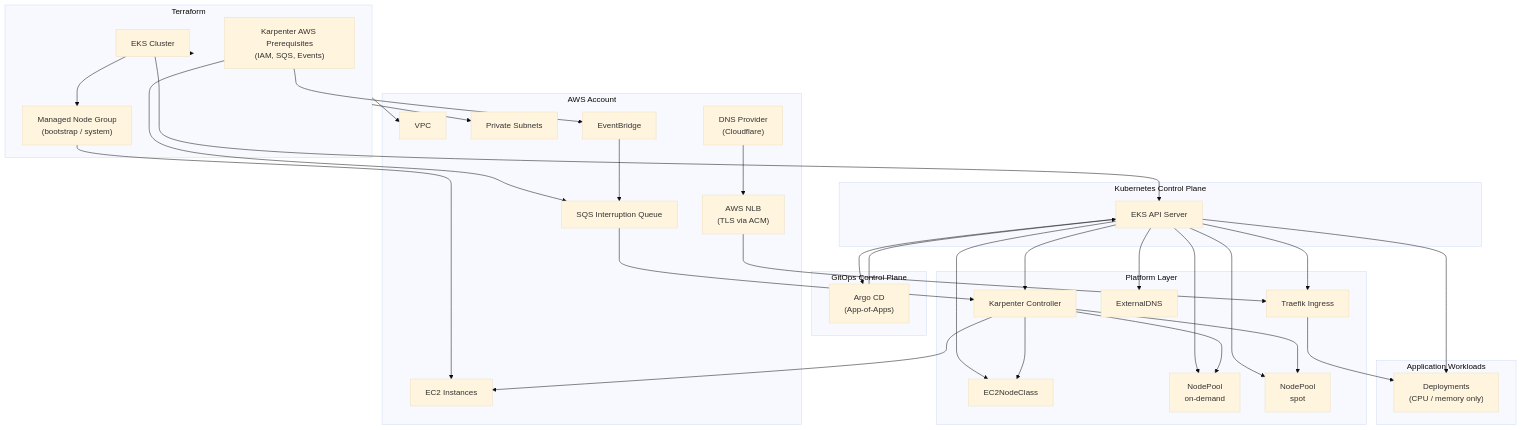
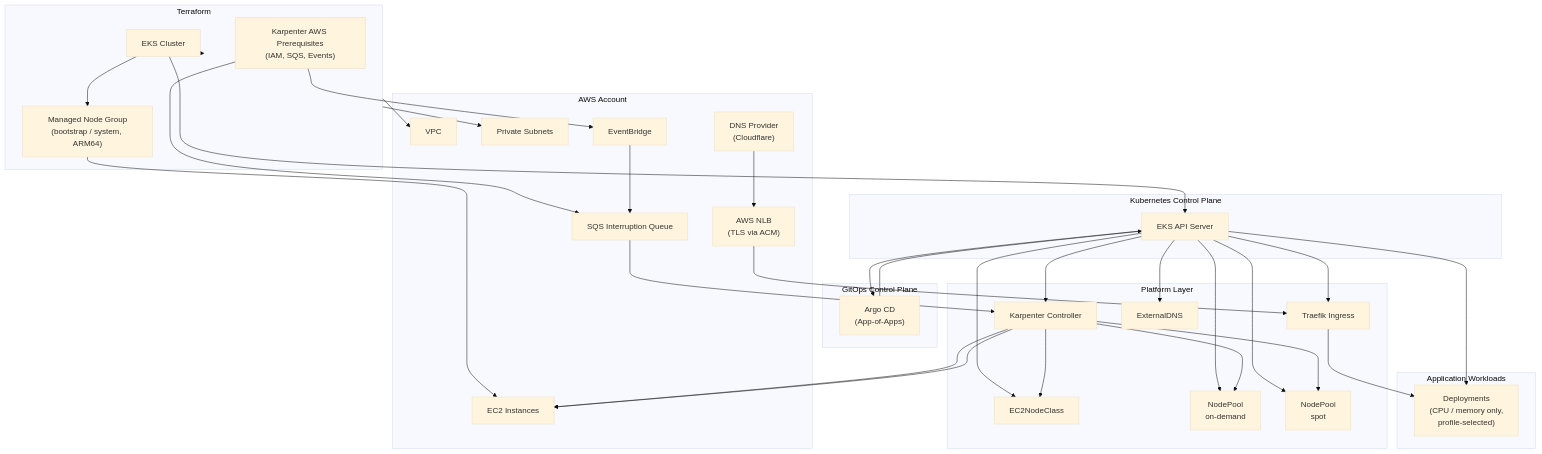
The diagram in docs/architecture-diagram.mmd (LaurisNeimanis/gitops-karpenter-platform), drawn with Mermaid (base theme) before and after one commit. The commit also changed 12 other files, not shown here.

Commit message:
refactor(platform): introduce scheduling profiles and ARM64 bootstrap

```diff
--- a/docs/architecture-diagram.mmd
+++ b/docs/architecture-diagram.mmd
@@ -1,98 +1,99 @@
 flowchart TB
     %% =========================
     %% AWS INFRASTRUCTURE LAYER
     %% =========================
     subgraph AWS["AWS Account"]
         VPC["VPC"]
         SUBNETS["Private Subnets"]
         EC2["EC2 Instances"]
         NLB["AWS NLB<br/>(TLS via ACM)"]
         SQS["SQS Interruption Queue"]
         EB["EventBridge"]
         DNS["DNS Provider<br/>(Cloudflare)"]
     end
 
     %% =========================
     %% TERRAFORM (INFRA + KARPENTER PREREQS)
     %% =========================
     subgraph TF["Terraform"]
         TF_EKS["EKS Cluster"]
-        TF_MNG["Managed Node Group<br/>(bootstrap / system)"]
+        TF_MNG["Managed Node Group<br/>(bootstrap / system, ARM64)"]
         TF_KARP_AWS["Karpenter AWS Prerequisites<br/>(IAM, SQS, Events)"]
     end
 
     %% =========================
     %% KUBERNETES CONTROL PLANE
     %% =========================
     subgraph K8S["Kubernetes Control Plane"]
         API["EKS API Server"]
     end
 
     %% =========================
     %% GITOPS CONTROL PLANE
     %% =========================
     subgraph GITOPS["GitOps Control Plane"]
         ARGO["Argo CD<br/>(App-of-Apps)"]
     end
 
     %% =========================
     %% PLATFORM LAYER
     %% =========================
     subgraph PLATFORM["Platform Layer"]
         KARP["Karpenter Controller"]
         EC2CLASS["EC2NodeClass"]
         NP_OND["NodePool<br/>on-demand"]
         NP_SPOT["NodePool<br/>spot"]
         TRAEFIK["Traefik Ingress"]
         EXTDNS["ExternalDNS"]
     end
 
     %% =========================
     %% WORKLOADS
     %% =========================
     subgraph WORKLOADS["Application Workloads"]
-        APP["Deployments<br/>(CPU / memory only)"]
+        APP["Deployments<br/>(CPU / memory only,<br/>profile-selected)"]
     end
 
     %% =========================
     %% RELATIONSHIPS
     %% =========================
 
     %% Terraform → AWS
     TF --> VPC
     TF --> SUBNETS
     TF --> TF_EKS
     TF_EKS --> TF_MNG
     TF_MNG --> EC2
+    KARP --> EC2
 
     TF_KARP_AWS --> SQS
     TF_KARP_AWS --> EB
     EB --> SQS
 
     %% EKS control plane
     TF_EKS --> API
     API --> ARGO
 
     %% GitOps reconciliation
     ARGO --> API
 
     %% Platform resources via API
     API --> KARP
     API --> EC2CLASS
     API --> NP_OND
     API --> NP_SPOT
     API --> TRAEFIK
     API --> EXTDNS
     API --> APP
 
     %% Karpenter behavior
     KARP --> EC2CLASS
     KARP --> NP_OND
     KARP --> NP_SPOT
     KARP --> EC2
     SQS --> KARP
 
     %% Traffic flow
     DNS --> NLB
     NLB --> TRAEFIK
     TRAEFIK --> APP
```
